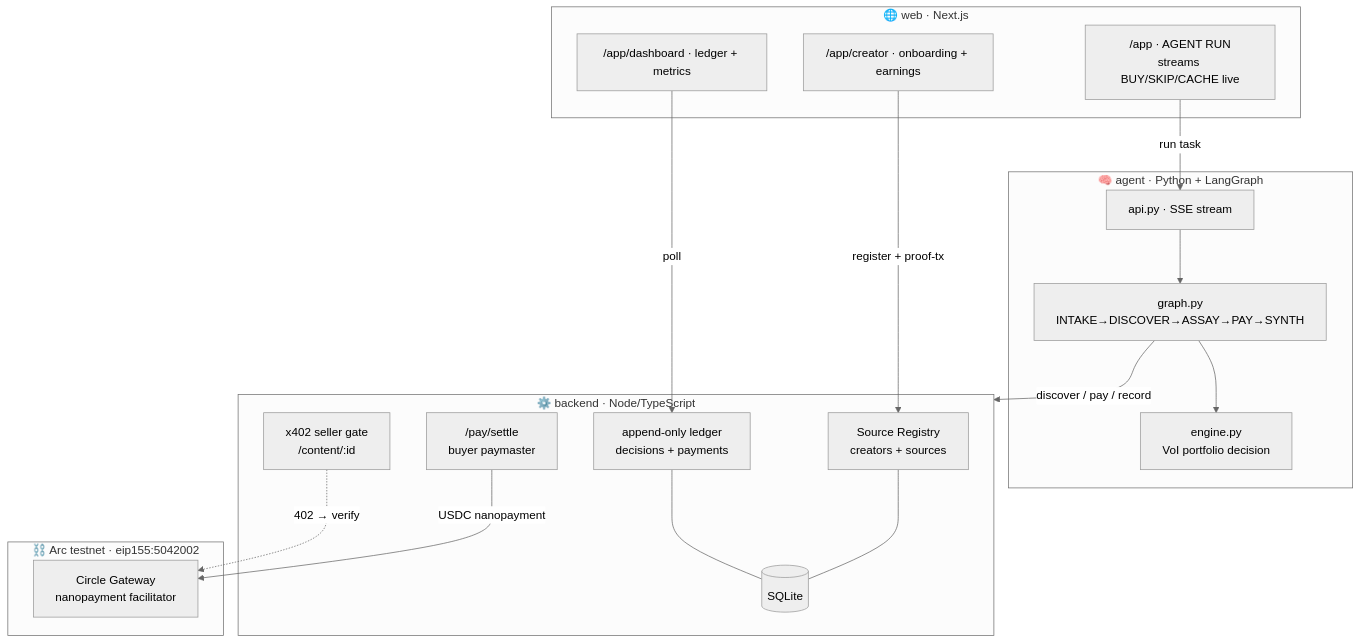
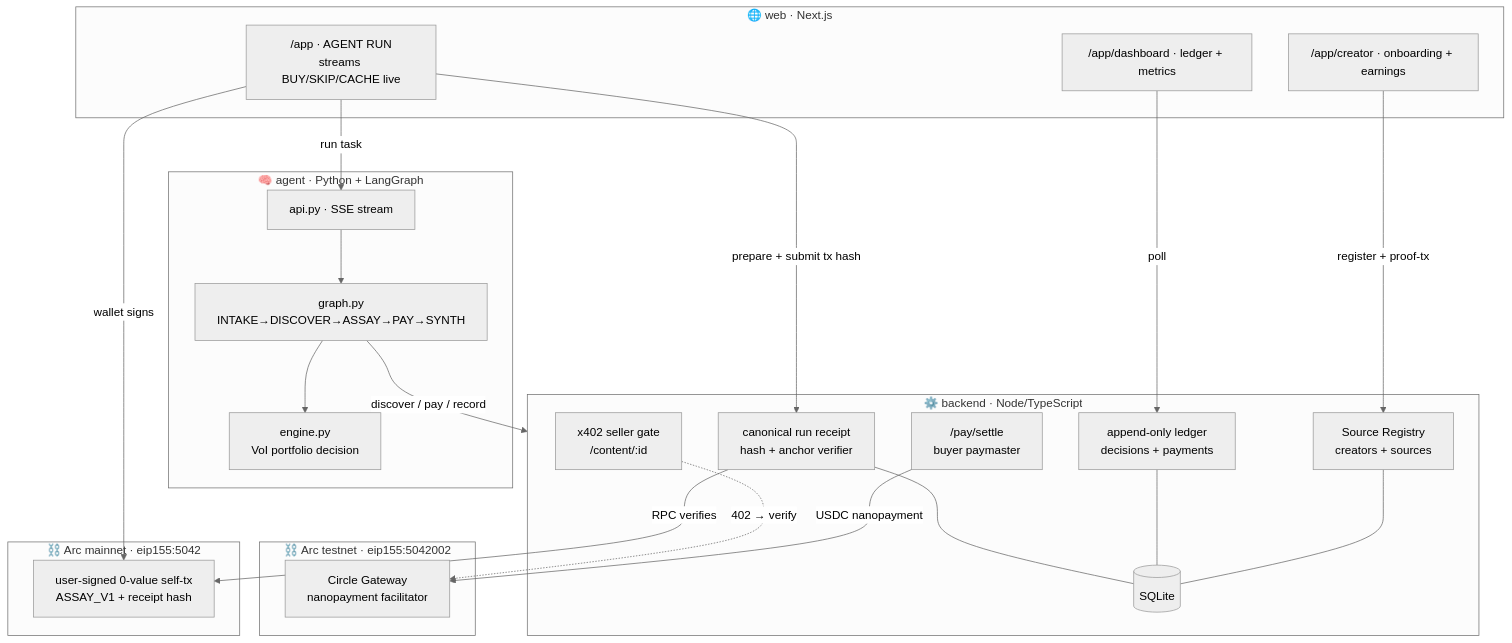
One commit to karagozemin/Assay changed the first of 5 diagrams in ARCHITECTURE.md. Above: the diagram before and after it, drawn with Mermaid (neutral theme). The commit also changed other lines of this file and 17 other files, not shown here.

Commit message:
feat: implement run receipt system with mainnet anchoring, including database schema, API endpoints, and frontend integration for user-signed transactions

````diff
--- a/ARCHITECTURE.md
+++ b/ARCHITECTURE.md
@@ -27,35 +28,44 @@
 ```mermaid
 graph TB
     subgraph Web["🌐 web · Next.js"]
         RUN["/app · AGENT RUN<br/>streams BUY/SKIP/CACHE live"]
         CRE["/app/creator · onboarding + earnings"]
         DASH["/app/dashboard · ledger + metrics"]
     end
 
     subgraph Agent["🧠 agent · Python + LangGraph"]
         ENGINE["engine.py<br/>VoI portfolio decision"]
         GRAPH["graph.py<br/>INTAKE→DISCOVER→ASSAY→PAY→SYNTH"]
         API["api.py · SSE stream"]
     end
 
     subgraph Backend["⚙️ backend · Node/TypeScript"]
         REG["Source Registry<br/>creators + sources"]
         X402["x402 seller gate<br/>/content/:id"]
         PAY["/pay/settle<br/>buyer paymaster"]
         LEDGER["append-only ledger<br/>decisions + payments"]
+        RECEIPT["canonical run receipt<br/>hash + anchor verifier"]
         DB[("SQLite")]
     end
 
     subgraph Chain["⛓️ Arc testnet · eip155:5042002"]
         GW["Circle Gateway<br/>nanopayment facilitator"]
+    end
+
+    subgraph Mainnet["⛓️ Arc mainnet · eip155:5042"]
+        ANCHOR["user-signed 0-value self-tx<br/>ASSAY_V1 + receipt hash"]
     end
 
     RUN -->|run task| API --> GRAPH --> ENGINE
     GRAPH -->|discover / pay / record| Backend
     CRE -->|register + proof-tx| REG
     DASH -->|poll| LEDGER
     PAY -->|USDC nanopayment| GW
     X402 -.->|402 → verify| GW
+    RUN -->|prepare + submit tx hash| RECEIPT
+    RUN -->|wallet signs| ANCHOR
+    RECEIPT -->|RPC verifies| ANCHOR
     REG --- DB
     LEDGER --- DB
+    RECEIPT --- DB
 ```
````
